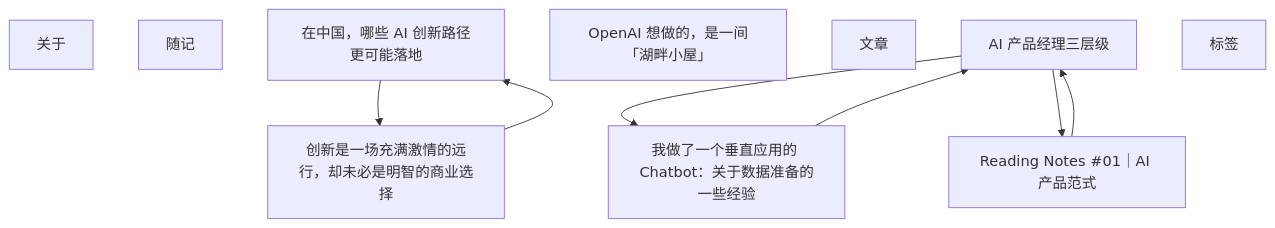
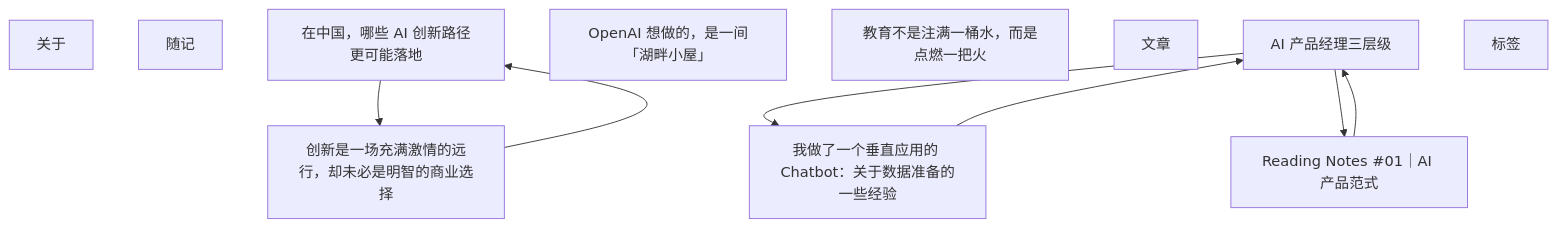
Before and after one commit to Zhao-Huazhou/Zhao-Huazhou.github.io: the diagram in tools/site-graph/out/graph.mmd, drawn with Mermaid.

```diff
--- a/tools/site-graph/out/graph.mmd
+++ b/tools/site-graph/out/graph.mmd
@@ -1,18 +1,19 @@
 graph TD
   N78e943079d["关于"]
   Na0a31ebd9a["随记"]
   Ne000fcda21["在中国，哪些 AI 创新路径更可能落地"]
   Nf315e5e460[" OpenAI 想做的，是一间「湖畔小屋」"]
+  N4e55722e29["教育不是注满一桶水，而是点燃一把火"]
   N81228a8674["文章"]
   Nd9b0762f80["AI 产品经理三层级"]
   Nce81f5d37d["我做了一个垂直应用的 Chatbot：关于数据准备的一些经验"]
   N6f056b8004["创新是一场充满激情的远行，却未必是明智的商业选择"]
   N10154a9e49["Reading Notes #01｜AI 产品范式"]
   N0ecf656713["标签"]
 
   Ne000fcda21 --> N6f056b8004
   Nd9b0762f80 --> Nce81f5d37d
   Nd9b0762f80 --> N10154a9e49
   Nce81f5d37d --> Nd9b0762f80
   N6f056b8004 --> Ne000fcda21
   N10154a9e49 --> Nd9b0762f80
```
